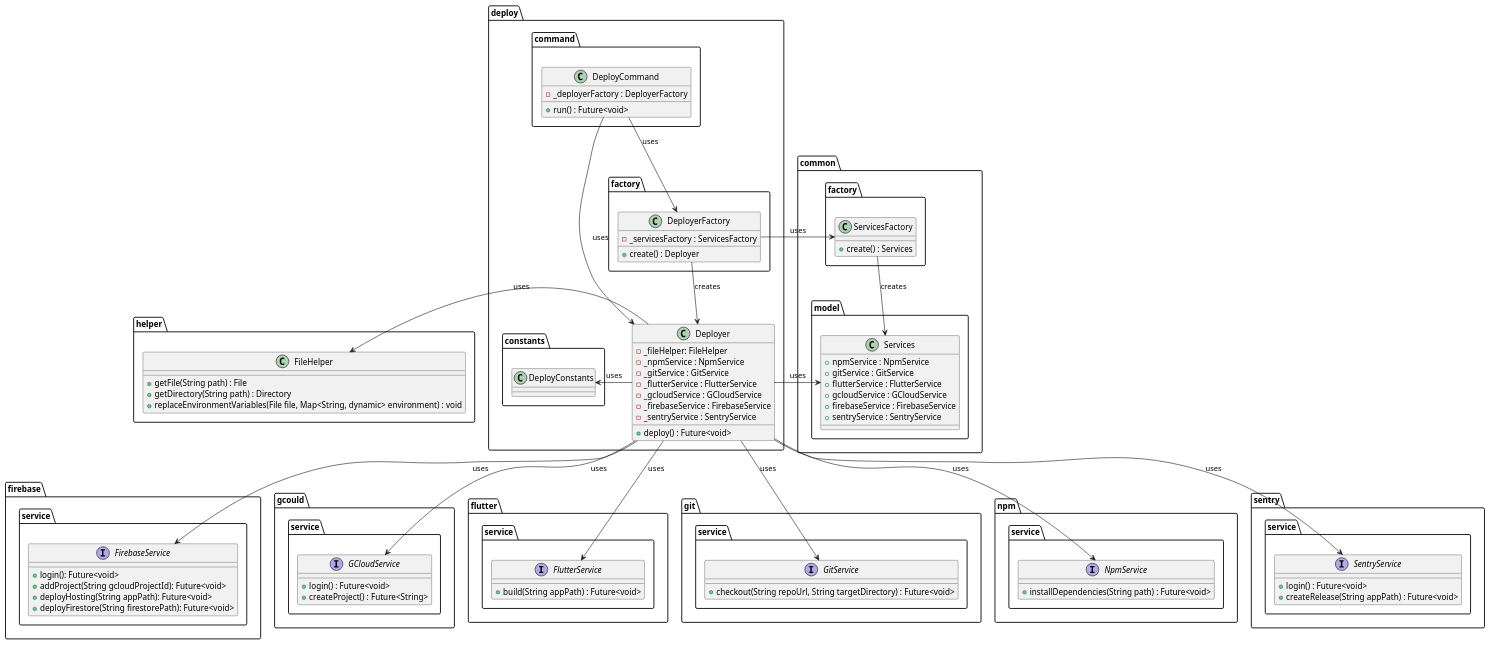
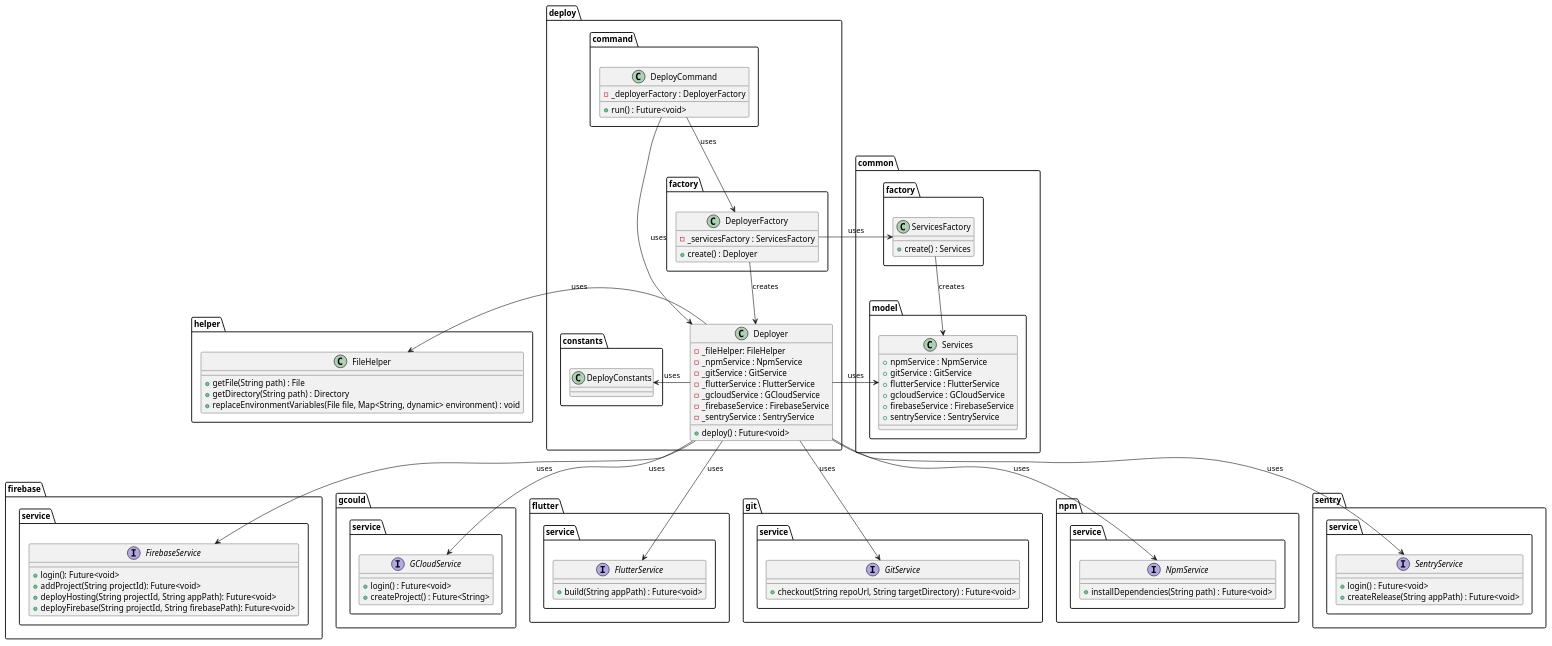
One commit to Flank/flank-dashboard changed the diagram in metrics/cli/docs/diagrams/deploy_command_class_diagram.puml. Above: the diagram before and after it, drawn with PlantUML. The commit also changed 14 other files, not shown here.

```diff
--- a/metrics/cli/docs/diagrams/deploy_command_class_diagram.puml
+++ b/metrics/cli/docs/diagrams/deploy_command_class_diagram.puml
@@ -1,121 +1,121 @@
 @startuml deploy_command_class_diagram
 
 package firebase.service {
     interface FirebaseService {
         + login(): Future<void>
-        + addProject(String gcloudProjectId): Future<void>
-        + deployHosting(String appPath): Future<void>
-        + deployFirestore(String firestorePath): Future<void>
+        + addProject(String projectId): Future<void>
+        + deployHosting(String projectId, String appPath): Future<void>
+        + deployFirebase(String projectId, String firebasePath): Future<void>
     }
 }
 
 package gcould.service {
     interface GCloudService {
         + login() : Future<void>
         + createProject() : Future<String>
     }
 }
 
 package flutter.service {
     interface FlutterService  {
         + build(String appPath) : Future<void>
     }
 }
 
 package  git.service{
     interface GitService  {
         + checkout(String repoUrl, String targetDirectory) : Future<void>
     }
 }
 
 package  npm.service {
     interface NpmService  {
         + installDependencies(String path) : Future<void>
     }
 }
 
 package sentry.service{
     interface SentryService  {
         + login() : Future<void>
         + createRelease(String appPath) : Future<void>
     }
 }
 
 package common {
     package model {
         class Services {
             + npmService : NpmService
             + gitService : GitService
             + flutterService : FlutterService
             + gcloudService : GCloudService
             + firebaseService : FirebaseService
             + sentryService : SentryService
         }
     }
 
     package factory as common.factory{
         class ServicesFactory {
             + create() : Services
         }
     }
 }
 
 
 package deploy {
     package command {
         class DeployCommand {
             - _deployerFactory : DeployerFactory
             + run() : Future<void>
         }
     }
 
     package constants {
         class DeployConstants{}
     }
 
     package factory {
         class DeployerFactory {
             - _servicesFactory : ServicesFactory
             + create() : Deployer
         }
     }
 
     class Deployer {
         - _fileHelper: FileHelper
         - _npmService : NpmService
         - _gitService : GitService
         - _flutterService : FlutterService
         - _gcloudService : GCloudService
         - _firebaseService : FirebaseService
         - _sentryService : SentryService
         + deploy() : Future<void>
     }
 }
 
 package helper {
     class FileHelper {
         + getFile(String path) : File
         + getDirectory(String path) : Directory
         + replaceEnvironmentVariables(File file, Map<String, dynamic> environment) : void
     }
 }
 
 Deployer -down-> NpmService : uses
 Deployer -down-> GitService : uses
 Deployer -down-> FlutterService : uses
 Deployer -down-> GCloudService : uses
 Deployer -down-> FirebaseService : uses
 Deployer -down-> SentryService : uses
 Deployer -left-> FileHelper : uses
 Deployer -> DeployConstants : uses
 Deployer -> Services : uses
 
 DeployCommand -down-> Deployer : uses
 DeployCommand -down-> DeployerFactory : uses
 DeployerFactory -left-> ServicesFactory : uses
 
 ServicesFactory --> Services : creates
 
 DeployerFactory --> Deployer : creates
 
 @enduml
```
